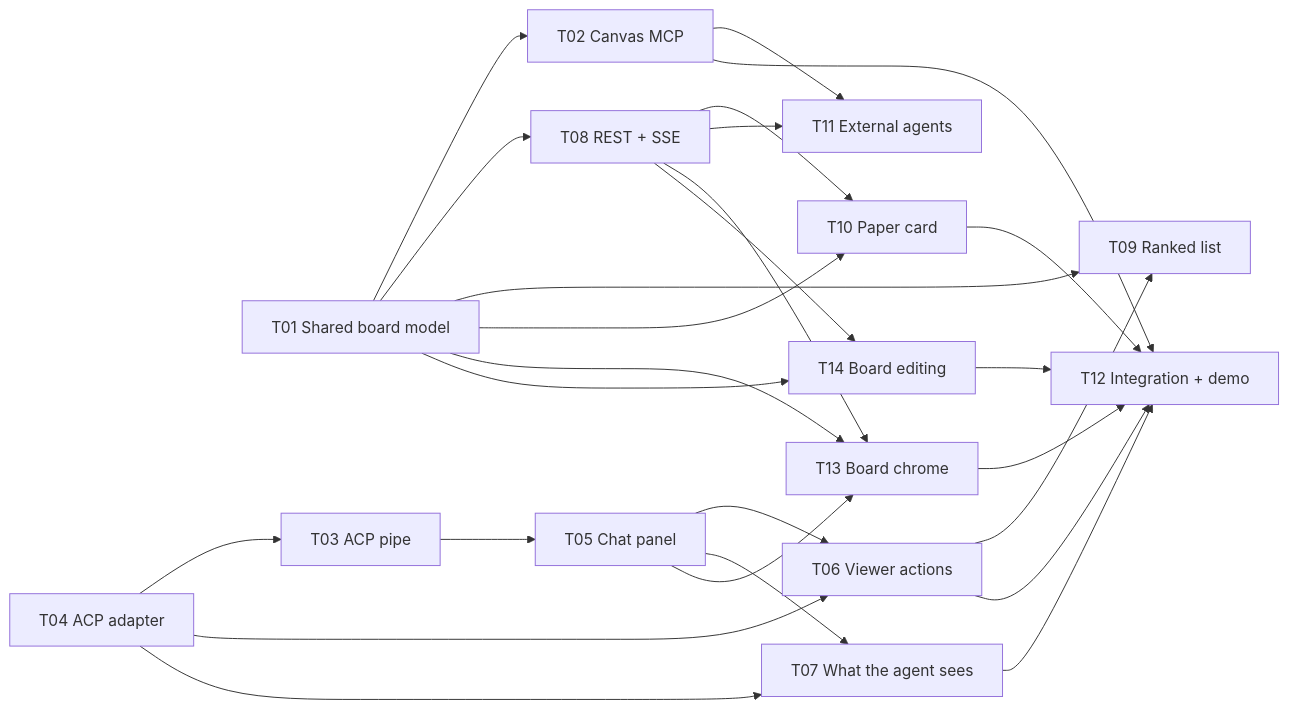
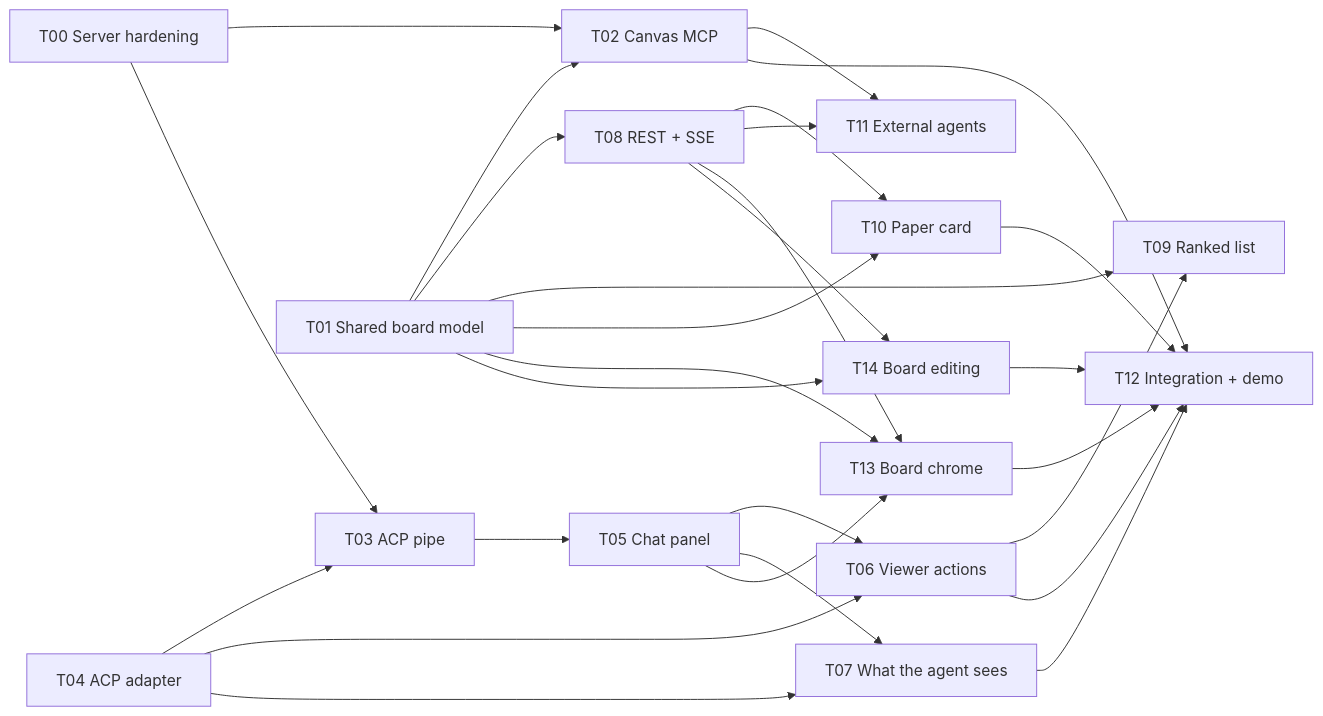
The first of 3 diagrams in docs/wps/tldraw-integration/README.md (kmariuszk/nebius-hackathon), drawn with Mermaid before and after one commit. The commit also changed other lines of this file and 9 other files, not shown here.

````diff
--- a/docs/wps/tldraw-integration/README.md
+++ b/docs/wps/tldraw-integration/README.md
@@ -74,28 +75,30 @@
 ```mermaid
 flowchart LR
+  T00["T00 Server hardening"] --> T02
+  T00 --> T03
   T01["T01 Shared board model"] --> T02["T02 Canvas MCP"]
   T01 --> T08["T08 REST + SSE"]
   T04["T04 ACP adapter"] --> T03["T03 ACP pipe"]
   T03 --> T05["T05 Chat panel"]
   T04 --> T06["T06 Viewer actions"]
   T05 --> T06
   T04 --> T07["T07 What the agent sees"]
   T05 --> T07
   T01 --> T09["T09 Ranked list"]
   T06 --> T09
   T08 --> T10["T10 Paper card"]
   T01 --> T10
   T02 --> T11["T11 External agents"]
   T08 --> T11
   T02 --> T12["T12 Integration + demo"]
   T06 --> T12
   T07 --> T12
   T10 --> T12
   T01 --> T13["T13 Board chrome"]
   T05 --> T13
   T08 --> T13
   T01 --> T14["T14 Board editing"]
   T08 --> T14
   T13 --> T12
   T14 --> T12
 ```
````
